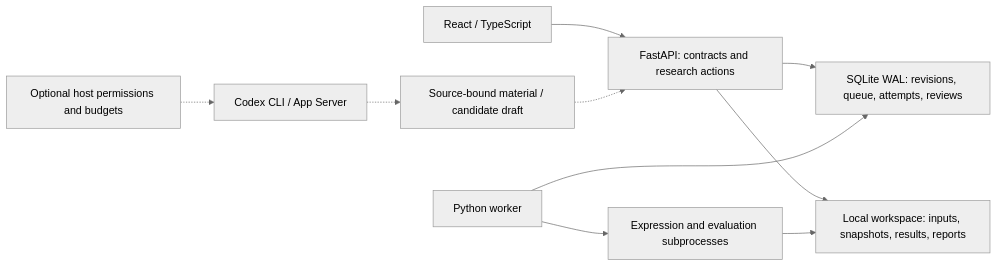
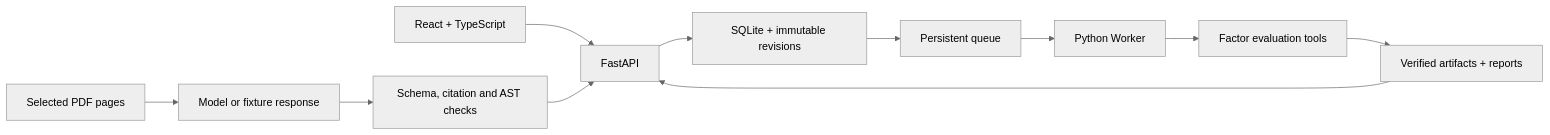
One commit to Owenqi666/quant-ai-agent changed the diagram in README.md. Above: the diagram before and after it, drawn with Mermaid (neutral theme). The commit also changed other lines of this file and 25 other files, not shown here.

````diff
--- a/README.md
+++ b/README.md
@@ -42,12 +41,13 @@
 ```mermaid
 flowchart LR
-    UI["React / TypeScript"] --> API["FastAPI: contracts and research actions"]
-    API --> DB["SQLite WAL: revisions, queue, attempts, reviews"]
-    API --> Files["Local workspace: inputs, snapshots, results, reports"]
-    Worker["Python worker"] --> DB
-    Worker --> Tools["Expression and evaluation subprocesses"]
-    Tools --> Files
-    Host["Optional host permissions and budgets"] -.-> Model["Codex CLI / App Server"]
-    Model -.-> Draft["Source-bound material / candidate draft"]
-    Draft -.-> API
+    Browser[React + TypeScript] --> API[FastAPI]
+    Source[Selected PDF pages] --> Proposal[Model or fixture response]
+    Proposal --> Gate[Schema, citation and AST checks]
+    Gate --> API
+    API --> Store[SQLite + immutable revisions]
+    Store --> Queue[Persistent queue]
+    Queue --> Worker[Python Worker]
+    Worker --> Tools[Factor evaluation tools]
+    Tools --> Artifacts[Verified artifacts + reports]
+    Artifacts --> API
 ```
````
